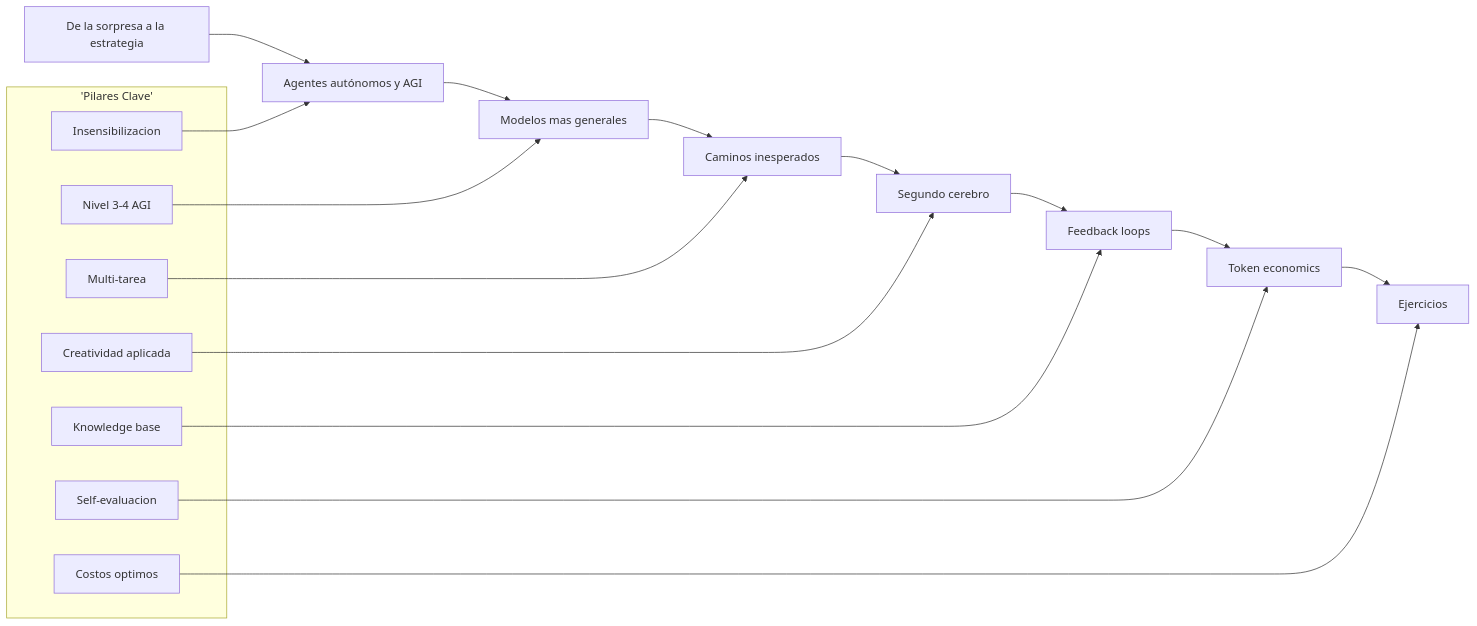
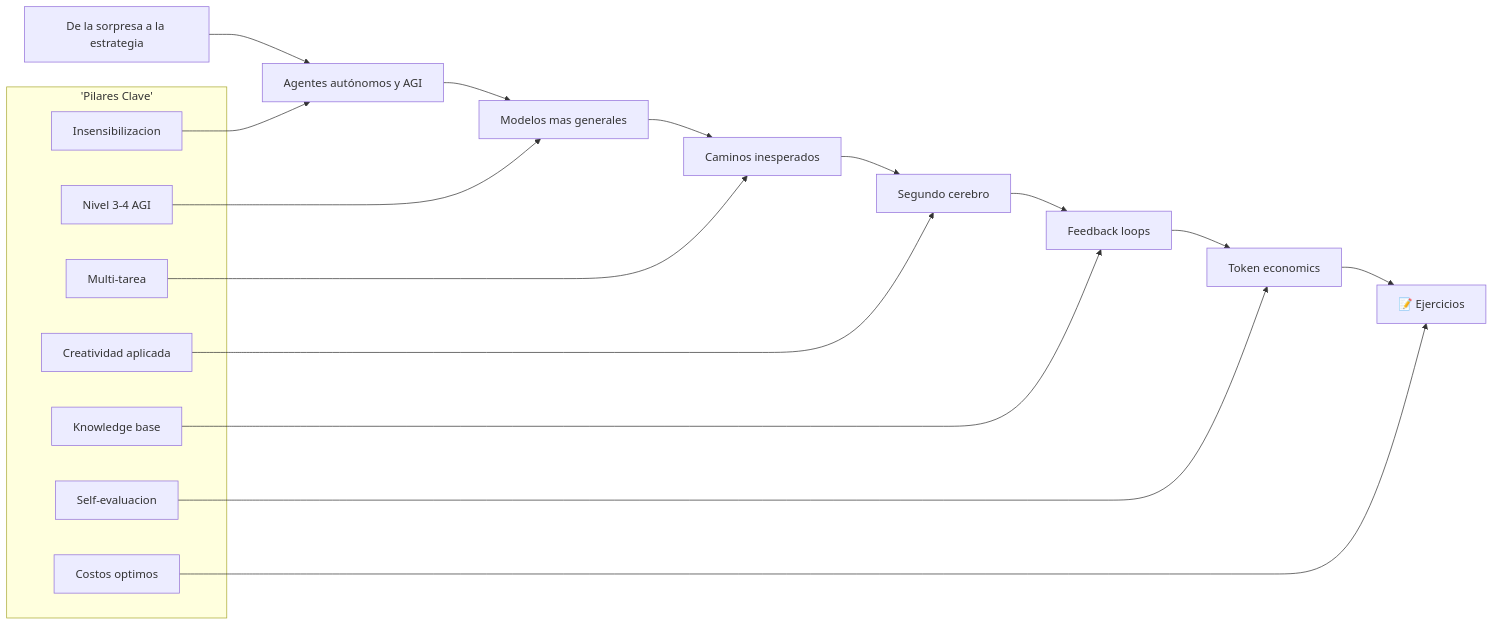
Before and after one commit to jeroroldan/jeronimo-blog: the first of 10 diagrams in src/content/blog/masterclass-ia-empresarial-dotcsv.md, drawn with Mermaid. The commit also changed other lines of this file, not shown here.

````diff
--- a/src/content/blog/masterclass-ia-empresarial-dotcsv.md
+++ b/src/content/blog/masterclass-ia-empresarial-dotcsv.md
@@ -28,28 +28,28 @@
 ```mermaid
 flowchart LR
     A[De la sorpresa a la estrategia] --> B[Agentes autónomos y AGI]
     B --> C[Modelos mas generales]
     C --> D[Caminos inesperados]
     D --> E[Segundo cerebro]
     E --> F[Feedback loops]
     F --> G[Token economics]
-    G --> H[Ejercicios]
+    G --> H[📝 Ejercicios]
 
     subgraph PILARES ['Pilares Clave']
         A1[Insensibilizacion]
         B1[Nivel 3-4 AGI]
         C1[Multi-tarea]
         D1[Creatividad aplicada]
         E1[Knowledge base]
         F1[Self-evaluacion]
         G1[Costos optimos]
     end
 
     A1 --> B
     B1 --> C
     C1 --> D
     D1 --> E
     E1 --> F
     F1 --> G
     G1 --> H
 ```
````
